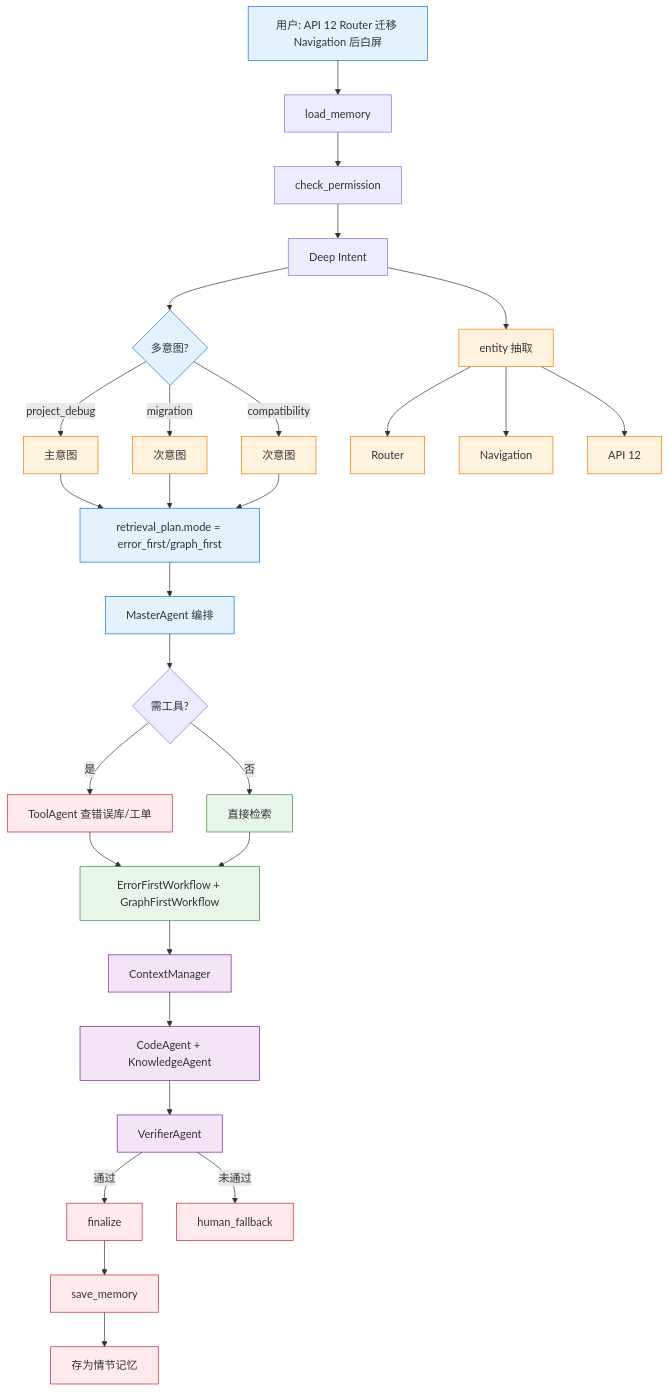
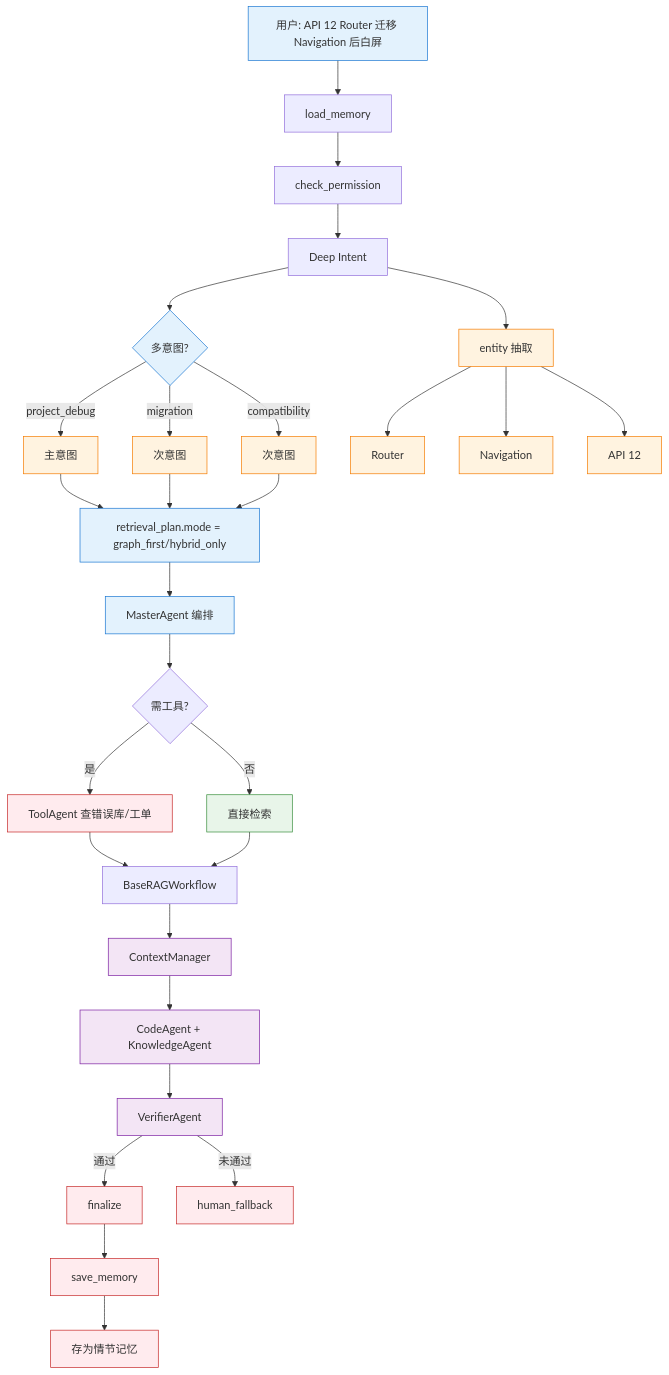
One commit to jackone666/enterprise_agentic_rag changed the second of 3 diagrams in technical_deep_dive/主题/10-项目场景.md. Above: the diagram before and after it, drawn with Mermaid. The commit also changed other lines of this file and 13 other files, not shown here.

````diff
--- a/technical_deep_dive/主题/10-项目场景.md
+++ b/technical_deep_dive/主题/10-项目场景.md
@@ -76,42 +76,42 @@
 ```mermaid
 graph TB
     Q["用户: API 12 Router 迁移 Navigation 后白屏"] --> LM[load_memory]
     LM --> CP[check_permission]
     CP --> DI[Deep Intent]
     DI --> IM{多意图?}
     IM -->|project_debug| I1[主意图]
     IM -->|migration| I2[次意图]
     IM -->|compatibility| I3[次意图]
-    I1 & I2 & I3 --> RP[retrieval_plan.mode = error_first/graph_first]
+    I1 & I2 & I3 --> RP[retrieval_plan.mode = graph_first/hybrid_only]
 
     DI --> ET[entity 抽取]
     ET --> E1[Router]
     ET --> E2[Navigation]
     ET --> E3[API 12]
 
     RP --> MA[MasterAgent 编排]
     MA --> CK{需工具?}
     CK -->|是| TA[ToolAgent 查错误库/工单]
     CK -->|否| RH[直接检索]
 
-    TA & RH --> EFW[ErrorFirstWorkflow + GraphFirstWorkflow]
-    EFW --> BC[ContextManager]
+    TA & RH --> BW[BaseRAGWorkflow]
+    BW --> BC[ContextManager]
     BC --> GC[CodeAgent + KnowledgeAgent]
     GC --> V[VerifierAgent]
     V -->|通过| F[finalize]
     V -->|未通过| HF[human_fallback]
 
     F --> SM[save_memory]
     SM --> EM[存为情节记忆]
 
     classDef q fill:#E3F2FD,stroke:#1976D2
     classDef intent fill:#FFF3E0,stroke:#F57C00
     classDef retrieve fill:#E8F5E9,stroke:#388E3C
     classDef gen fill:#F3E5F5,stroke:#7B1FA2
     classDef fb fill:#FFEBEE,stroke:#C62828
     class Q,IM,RP,MA q
     class I1,I2,I3,ET,E1,E2,E3 intent
     class RH,EFW retrieve
     class BC,GC,V gen
     class F,HF,SM,EM,TA fb
 ```
````
